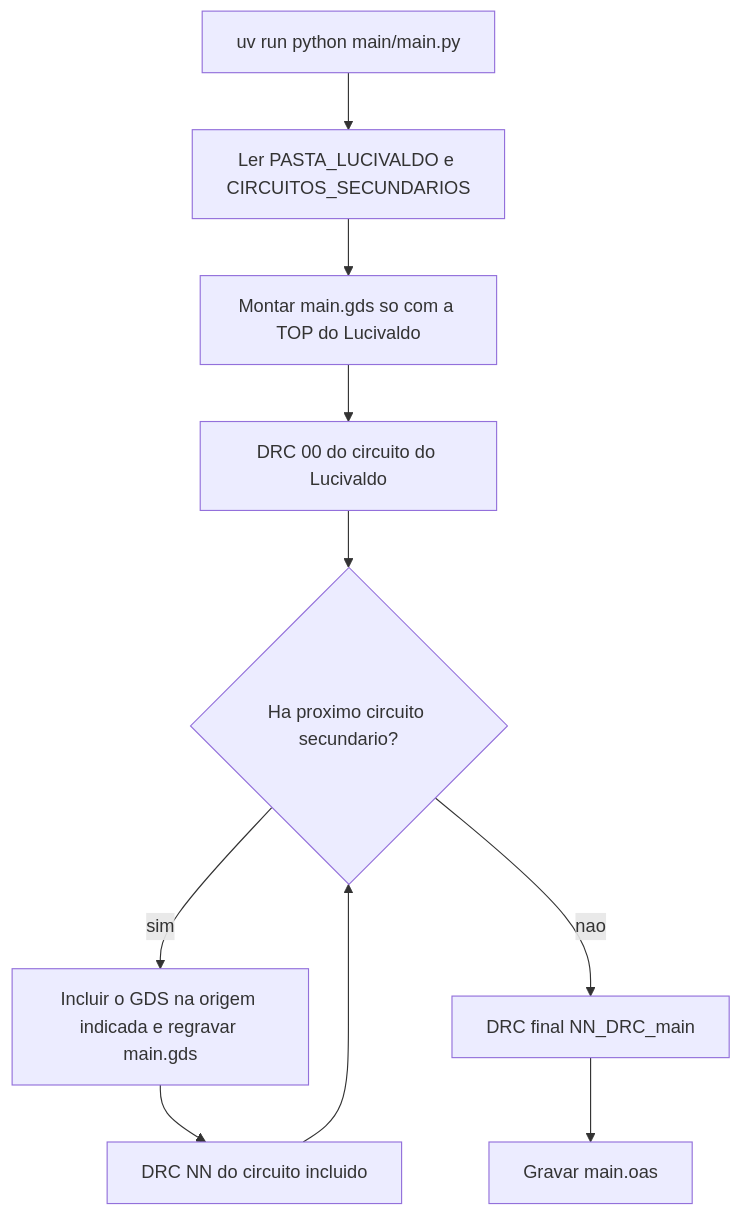
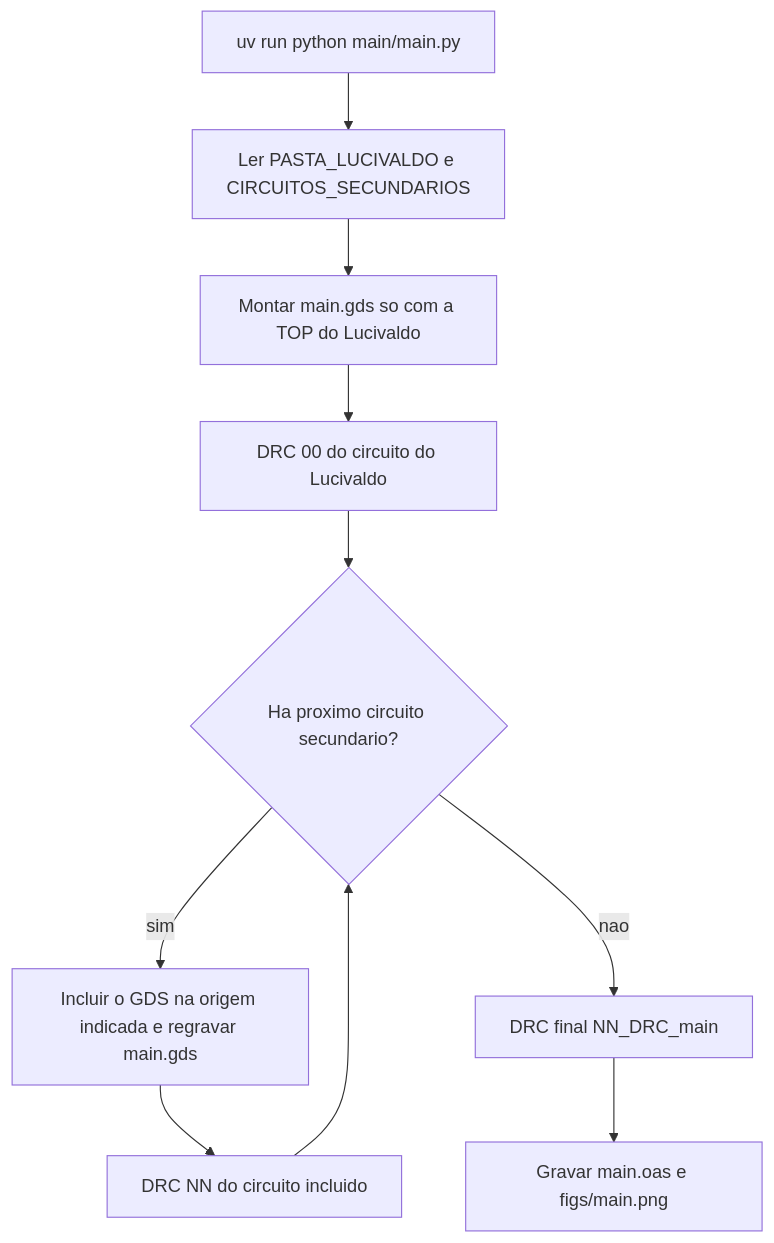
The diagram in README.md (LucasGabrielMelo/colab-layout), drawn with Mermaid before and after one commit. The commit also changed other lines of this file and 17 other files, not shown here.

````diff
--- a/README.md
+++ b/README.md
@@ -35,12 +35,12 @@
 ```mermaid
 flowchart TD
   inicio["uv run python main/main.py"] --> lerCfg["Ler PASTA_LUCIVALDO e CIRCUITOS_SECUNDARIOS"]
   lerCfg --> host["Montar main.gds so com a TOP do Lucivaldo"]
   host --> drc0["DRC 00 do circuito do Lucivaldo"]
   drc0 --> loop{"Ha proximo circuito secundario?"}
   loop -->|sim| inclui["Incluir o GDS na origem indicada e regravar main.gds"]
   inclui --> drcN["DRC NN do circuito incluido"]
   drcN --> loop
   loop -->|nao| drcF["DRC final NN_DRC_main"]
-  drcF --> oas["Gravar main.oas"]
+  drcF --> oas["Gravar main.oas e figs/main.png"]
 ```
````
